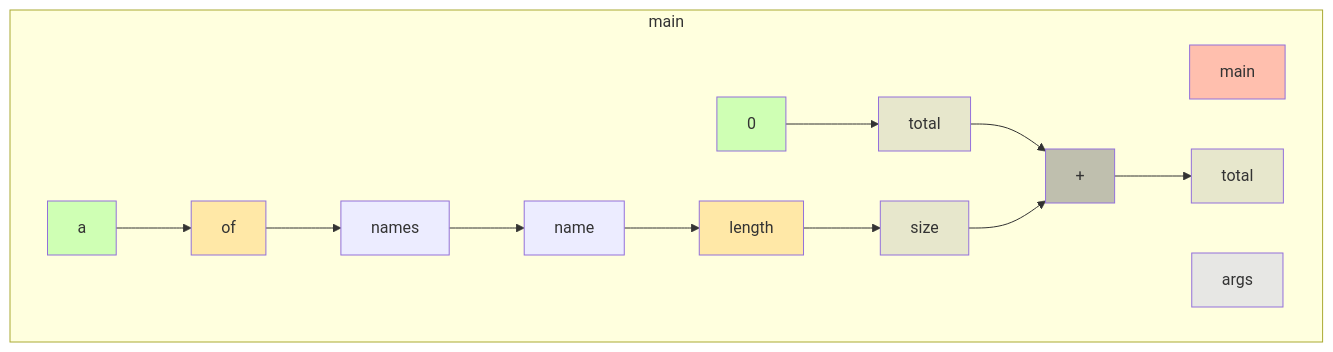
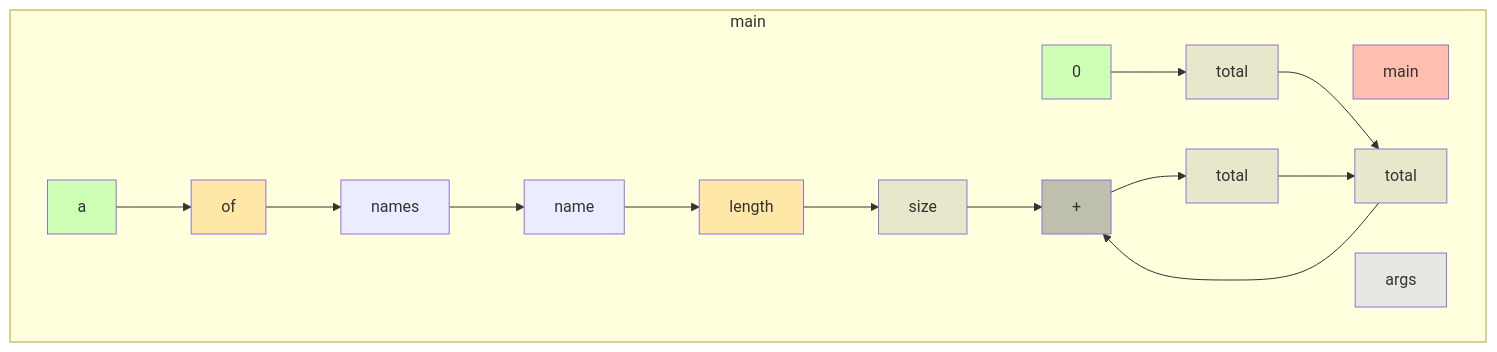
The diagram in app/src/test/resources/enhancedFor/truth.md (gstiebler/codeflow), drawn with Mermaid before and after one commit. The commit also changed 9 other files, not shown here.

````diff
--- a/app/src/test/resources/enhancedFor/truth.md
+++ b/app/src/test/resources/enhancedFor/truth.md
@@ -1,33 +1,36 @@
 ```mermaid
 flowchart TD
   subgraph b0["main"]
     n1[main]:::RETURN
     n2[args]:::FUNC_PARAM
     n3["a"]:::LITERAL
     n4[of]:::EXTERNAL
     n5[names]:::OBJ_VARIABLE
     n6[0]:::LITERAL
     n7[total]:::VARIABLE
-    n8[name]:::OBJ_VARIABLE
-    n9[length]:::EXTERNAL
-    n10[size]:::VARIABLE
-    n11[+]:::BIN_OP
-    n12[total]:::VARIABLE
+    n8[total]:::VARIABLE
+    n9[name]:::OBJ_VARIABLE
+    n10[length]:::EXTERNAL
+    n11[size]:::VARIABLE
+    n12[+]:::BIN_OP
+    n13[total]:::VARIABLE
     n3["a"]:::LITERAL --> n4[of]:::EXTERNAL
     n4[of]:::EXTERNAL --> n5[names]:::OBJ_VARIABLE
-    n5[names]:::OBJ_VARIABLE --> n8[name]:::OBJ_VARIABLE
+    n5[names]:::OBJ_VARIABLE --> n9[name]:::OBJ_VARIABLE
     n6[0]:::LITERAL --> n7[total]:::VARIABLE
-    n7[total]:::VARIABLE --> n11[+]:::BIN_OP
-    n8[name]:::OBJ_VARIABLE --> n9[length]:::EXTERNAL
-    n9[length]:::EXTERNAL --> n10[size]:::VARIABLE
-    n10[size]:::VARIABLE --> n11[+]:::BIN_OP
-    n11[+]:::BIN_OP --> n12[total]:::VARIABLE
+    n7[total]:::VARIABLE --> n8[total]:::VARIABLE
+    n8[total]:::VARIABLE --> n12[+]:::BIN_OP
+    n9[name]:::OBJ_VARIABLE --> n10[length]:::EXTERNAL
+    n10[length]:::EXTERNAL --> n11[size]:::VARIABLE
+    n11[size]:::VARIABLE --> n12[+]:::BIN_OP
+    n12[+]:::BIN_OP --> n13[total]:::VARIABLE
+    n13[total]:::VARIABLE --> n8[total]:::VARIABLE
   end
   classDef LITERAL fill:#00FF0030
   classDef VARIABLE fill:#80808030
   classDef BIN_OP fill:#80808080
   classDef FUNC_PARAM fill:#8080FF30
   classDef RETURN fill:#FF808080
   classDef EXTERNAL fill:#FFA50040
   classDef UNMODELLED fill:#FF000030,stroke-dasharray: 4 2
 ```
````
